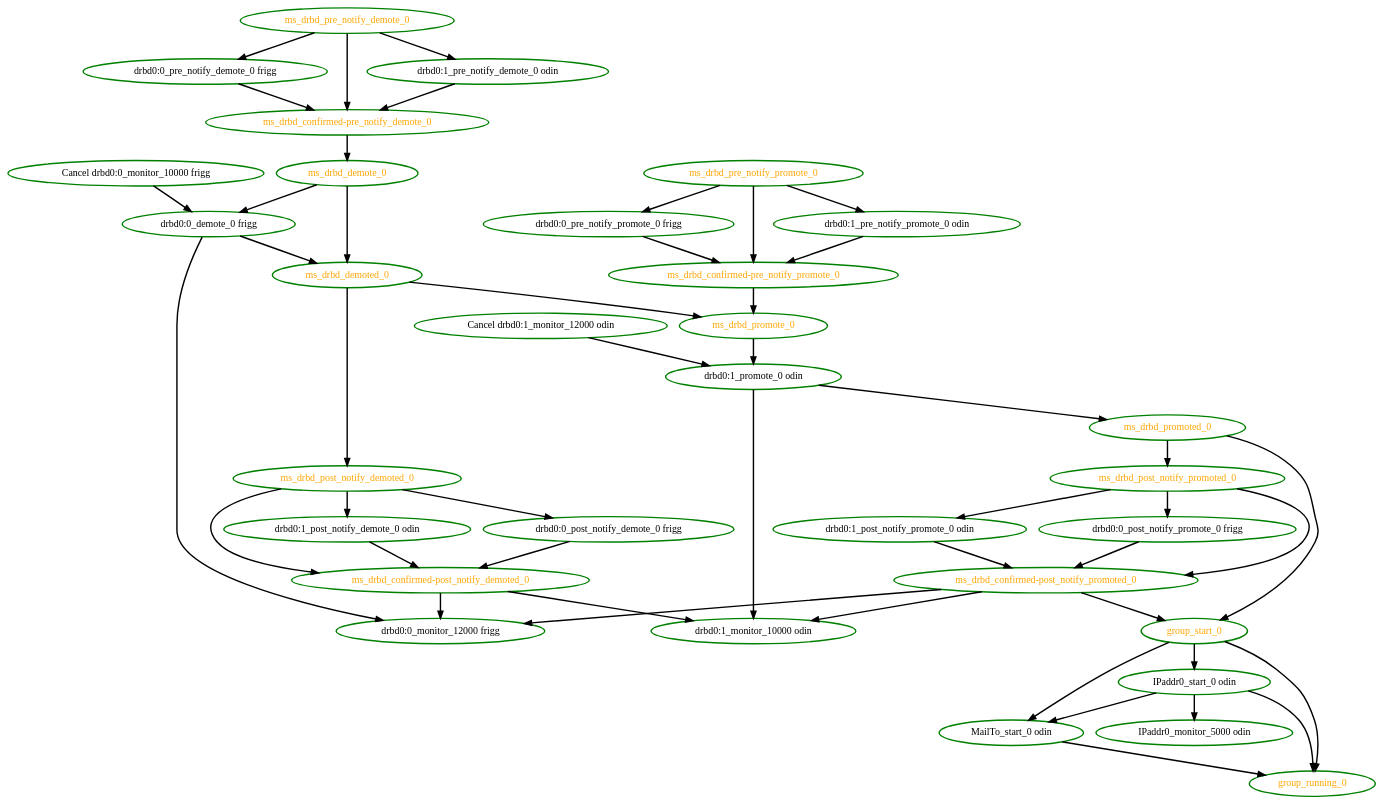
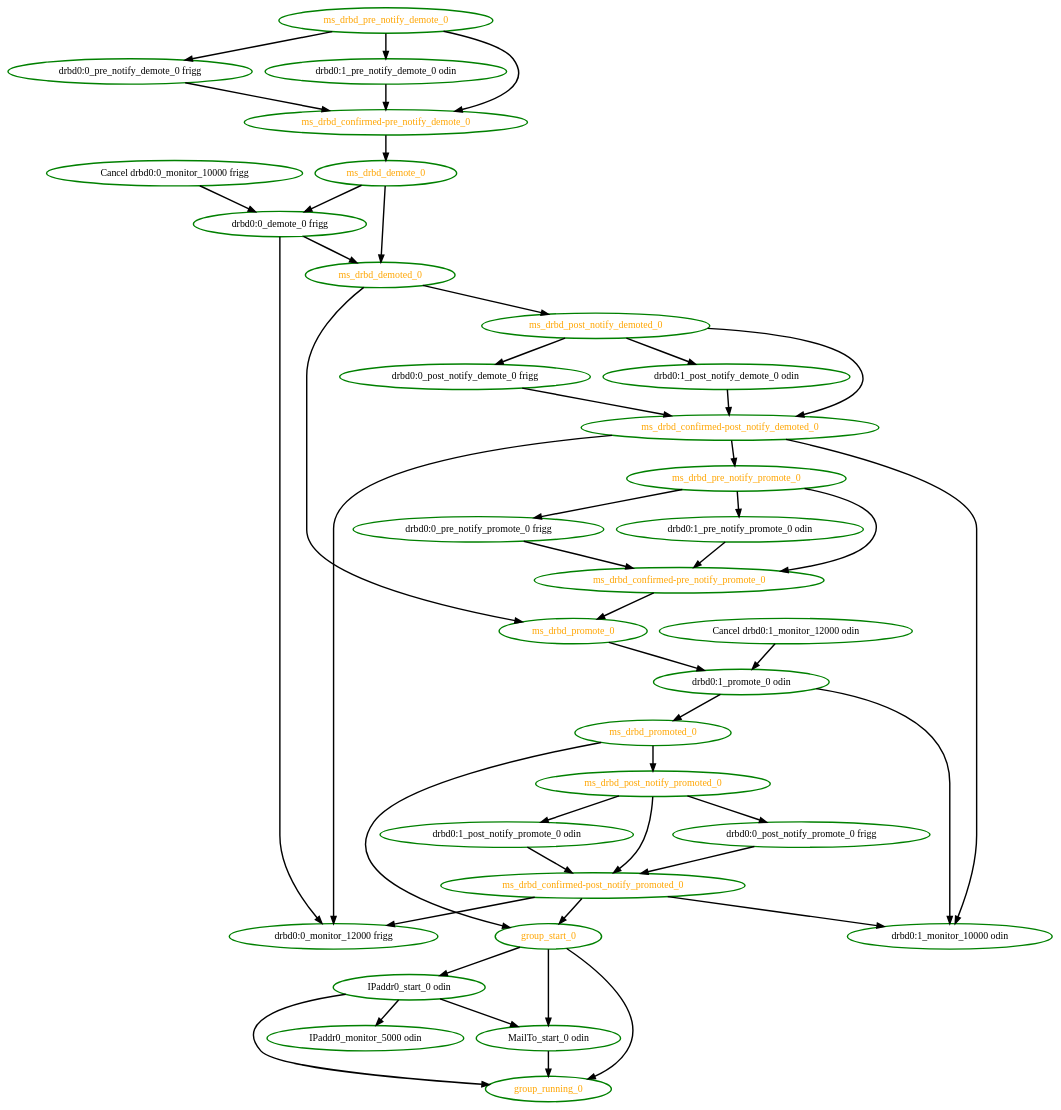
Before and after one commit to linux-ha-japan/pm_diskd: the diagram in pengine/test10/master-13.dot, drawn with Graphviz. The commit also changed 10 other files, not shown here.

```diff
--- a/pengine/test10/master-13.dot
+++ b/pengine/test10/master-13.dot
@@ -1,80 +1,81 @@
 digraph "g" {
 "Cancel drbd0:0_monitor_10000 frigg" -> "drbd0:0_demote_0 frigg" [ style = bold]
 "Cancel drbd0:0_monitor_10000 frigg" [ style=bold color="green" fontcolor="black"  ]
 "Cancel drbd0:1_monitor_12000 odin" -> "drbd0:1_promote_0 odin" [ style = bold]
 "Cancel drbd0:1_monitor_12000 odin" [ style=bold color="green" fontcolor="black"  ]
 "IPaddr0_monitor_5000 odin" [ style=bold color="green" fontcolor="black"  ]
 "IPaddr0_start_0 odin" -> "IPaddr0_monitor_5000 odin" [ style = bold]
 "IPaddr0_start_0 odin" -> "MailTo_start_0 odin" [ style = bold]
 "IPaddr0_start_0 odin" -> "group_running_0" [ style = bold]
 "IPaddr0_start_0 odin" [ style=bold color="green" fontcolor="black"  ]
 "MailTo_start_0 odin" -> "group_running_0" [ style = bold]
 "MailTo_start_0 odin" [ style=bold color="green" fontcolor="black"  ]
 "drbd0:0_demote_0 frigg" -> "drbd0:0_monitor_12000 frigg" [ style = bold]
 "drbd0:0_demote_0 frigg" -> "ms_drbd_demoted_0" [ style = bold]
 "drbd0:0_demote_0 frigg" [ style=bold color="green" fontcolor="black"  ]
 "drbd0:0_monitor_12000 frigg" [ style=bold color="green" fontcolor="black"  ]
 "drbd0:0_post_notify_demote_0 frigg" -> "ms_drbd_confirmed-post_notify_demoted_0" [ style = bold]
 "drbd0:0_post_notify_demote_0 frigg" [ style=bold color="green" fontcolor="black"  ]
 "drbd0:0_post_notify_promote_0 frigg" -> "ms_drbd_confirmed-post_notify_promoted_0" [ style = bold]
 "drbd0:0_post_notify_promote_0 frigg" [ style=bold color="green" fontcolor="black"  ]
 "drbd0:0_pre_notify_demote_0 frigg" -> "ms_drbd_confirmed-pre_notify_demote_0" [ style = bold]
 "drbd0:0_pre_notify_demote_0 frigg" [ style=bold color="green" fontcolor="black"  ]
 "drbd0:0_pre_notify_promote_0 frigg" -> "ms_drbd_confirmed-pre_notify_promote_0" [ style = bold]
 "drbd0:0_pre_notify_promote_0 frigg" [ style=bold color="green" fontcolor="black"  ]
 "drbd0:1_monitor_10000 odin" [ style=bold color="green" fontcolor="black"  ]
 "drbd0:1_post_notify_demote_0 odin" -> "ms_drbd_confirmed-post_notify_demoted_0" [ style = bold]
 "drbd0:1_post_notify_demote_0 odin" [ style=bold color="green" fontcolor="black"  ]
 "drbd0:1_post_notify_promote_0 odin" -> "ms_drbd_confirmed-post_notify_promoted_0" [ style = bold]
 "drbd0:1_post_notify_promote_0 odin" [ style=bold color="green" fontcolor="black"  ]
 "drbd0:1_pre_notify_demote_0 odin" -> "ms_drbd_confirmed-pre_notify_demote_0" [ style = bold]
 "drbd0:1_pre_notify_demote_0 odin" [ style=bold color="green" fontcolor="black"  ]
 "drbd0:1_pre_notify_promote_0 odin" -> "ms_drbd_confirmed-pre_notify_promote_0" [ style = bold]
 "drbd0:1_pre_notify_promote_0 odin" [ style=bold color="green" fontcolor="black"  ]
 "drbd0:1_promote_0 odin" -> "drbd0:1_monitor_10000 odin" [ style = bold]
 "drbd0:1_promote_0 odin" -> "ms_drbd_promoted_0" [ style = bold]
 "drbd0:1_promote_0 odin" [ style=bold color="green" fontcolor="black"  ]
 "group_running_0" [ style=bold color="green" fontcolor="orange"  ]
 "group_start_0" -> "IPaddr0_start_0 odin" [ style = bold]
 "group_start_0" -> "MailTo_start_0 odin" [ style = bold]
 "group_start_0" -> "group_running_0" [ style = bold]
 "group_start_0" [ style=bold color="green" fontcolor="orange"  ]
 "ms_drbd_confirmed-post_notify_demoted_0" -> "drbd0:0_monitor_12000 frigg" [ style = bold]
 "ms_drbd_confirmed-post_notify_demoted_0" -> "drbd0:1_monitor_10000 odin" [ style = bold]
+"ms_drbd_confirmed-post_notify_demoted_0" -> "ms_drbd_pre_notify_promote_0" [ style = bold]
 "ms_drbd_confirmed-post_notify_demoted_0" [ style=bold color="green" fontcolor="orange"  ]
 "ms_drbd_confirmed-post_notify_promoted_0" -> "drbd0:0_monitor_12000 frigg" [ style = bold]
 "ms_drbd_confirmed-post_notify_promoted_0" -> "drbd0:1_monitor_10000 odin" [ style = bold]
 "ms_drbd_confirmed-post_notify_promoted_0" -> "group_start_0" [ style = bold]
 "ms_drbd_confirmed-post_notify_promoted_0" [ style=bold color="green" fontcolor="orange"  ]
 "ms_drbd_confirmed-pre_notify_demote_0" -> "ms_drbd_demote_0" [ style = bold]
 "ms_drbd_confirmed-pre_notify_demote_0" [ style=bold color="green" fontcolor="orange"  ]
 "ms_drbd_confirmed-pre_notify_promote_0" -> "ms_drbd_promote_0" [ style = bold]
 "ms_drbd_confirmed-pre_notify_promote_0" [ style=bold color="green" fontcolor="orange"  ]
 "ms_drbd_demote_0" -> "drbd0:0_demote_0 frigg" [ style = bold]
 "ms_drbd_demote_0" -> "ms_drbd_demoted_0" [ style = bold]
 "ms_drbd_demote_0" [ style=bold color="green" fontcolor="orange"  ]
 "ms_drbd_demoted_0" -> "ms_drbd_post_notify_demoted_0" [ style = bold]
 "ms_drbd_demoted_0" -> "ms_drbd_promote_0" [ style = bold]
 "ms_drbd_demoted_0" [ style=bold color="green" fontcolor="orange"  ]
 "ms_drbd_post_notify_demoted_0" -> "drbd0:0_post_notify_demote_0 frigg" [ style = bold]
 "ms_drbd_post_notify_demoted_0" -> "drbd0:1_post_notify_demote_0 odin" [ style = bold]
 "ms_drbd_post_notify_demoted_0" -> "ms_drbd_confirmed-post_notify_demoted_0" [ style = bold]
 "ms_drbd_post_notify_demoted_0" [ style=bold color="green" fontcolor="orange"  ]
 "ms_drbd_post_notify_promoted_0" -> "drbd0:0_post_notify_promote_0 frigg" [ style = bold]
 "ms_drbd_post_notify_promoted_0" -> "drbd0:1_post_notify_promote_0 odin" [ style = bold]
 "ms_drbd_post_notify_promoted_0" -> "ms_drbd_confirmed-post_notify_promoted_0" [ style = bold]
 "ms_drbd_post_notify_promoted_0" [ style=bold color="green" fontcolor="orange"  ]
 "ms_drbd_pre_notify_demote_0" -> "drbd0:0_pre_notify_demote_0 frigg" [ style = bold]
 "ms_drbd_pre_notify_demote_0" -> "drbd0:1_pre_notify_demote_0 odin" [ style = bold]
 "ms_drbd_pre_notify_demote_0" -> "ms_drbd_confirmed-pre_notify_demote_0" [ style = bold]
 "ms_drbd_pre_notify_demote_0" [ style=bold color="green" fontcolor="orange"  ]
 "ms_drbd_pre_notify_promote_0" -> "drbd0:0_pre_notify_promote_0 frigg" [ style = bold]
 "ms_drbd_pre_notify_promote_0" -> "drbd0:1_pre_notify_promote_0 odin" [ style = bold]
 "ms_drbd_pre_notify_promote_0" -> "ms_drbd_confirmed-pre_notify_promote_0" [ style = bold]
 "ms_drbd_pre_notify_promote_0" [ style=bold color="green" fontcolor="orange"  ]
 "ms_drbd_promote_0" -> "drbd0:1_promote_0 odin" [ style = bold]
 "ms_drbd_promote_0" [ style=bold color="green" fontcolor="orange"  ]
 "ms_drbd_promoted_0" -> "group_start_0" [ style = bold]
 "ms_drbd_promoted_0" -> "ms_drbd_post_notify_promoted_0" [ style = bold]
 "ms_drbd_promoted_0" [ style=bold color="green" fontcolor="orange"  ]
 }
```
